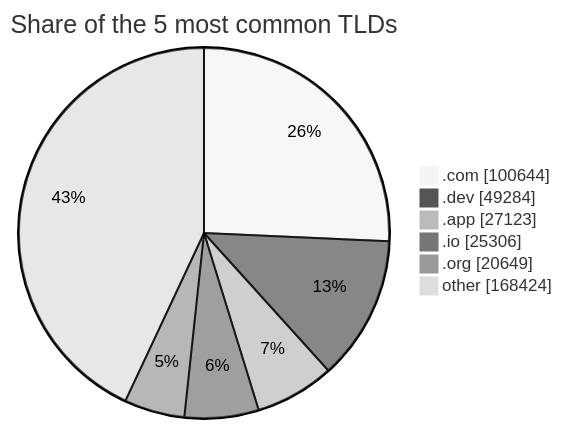
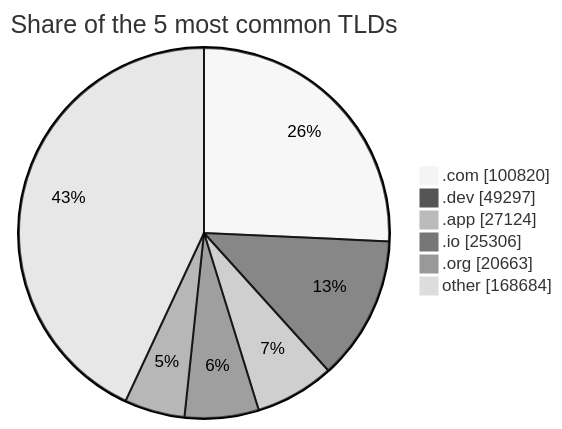
One commit to DNSBunker/CTI changed the third of 3 diagrams in README.md. Above: the diagram before and after it, drawn with Mermaid (neutral theme). The commit also changed other lines of this file and 3 other files, not shown here.

````diff
--- a/README.md
+++ b/README.md
@@ -81,9 +81,9 @@
 ```mermaid
 pie showData title Share of the 5 most common TLDs
-    ".com" : 100644
-    ".dev" : 49284
-    ".app" : 27123
+    ".com" : 100820
+    ".dev" : 49297
+    ".app" : 27124
     ".io" : 25306
-    ".org" : 20649
-    "other" : 168424
+    ".org" : 20663
+    "other" : 168684
 ```
````
